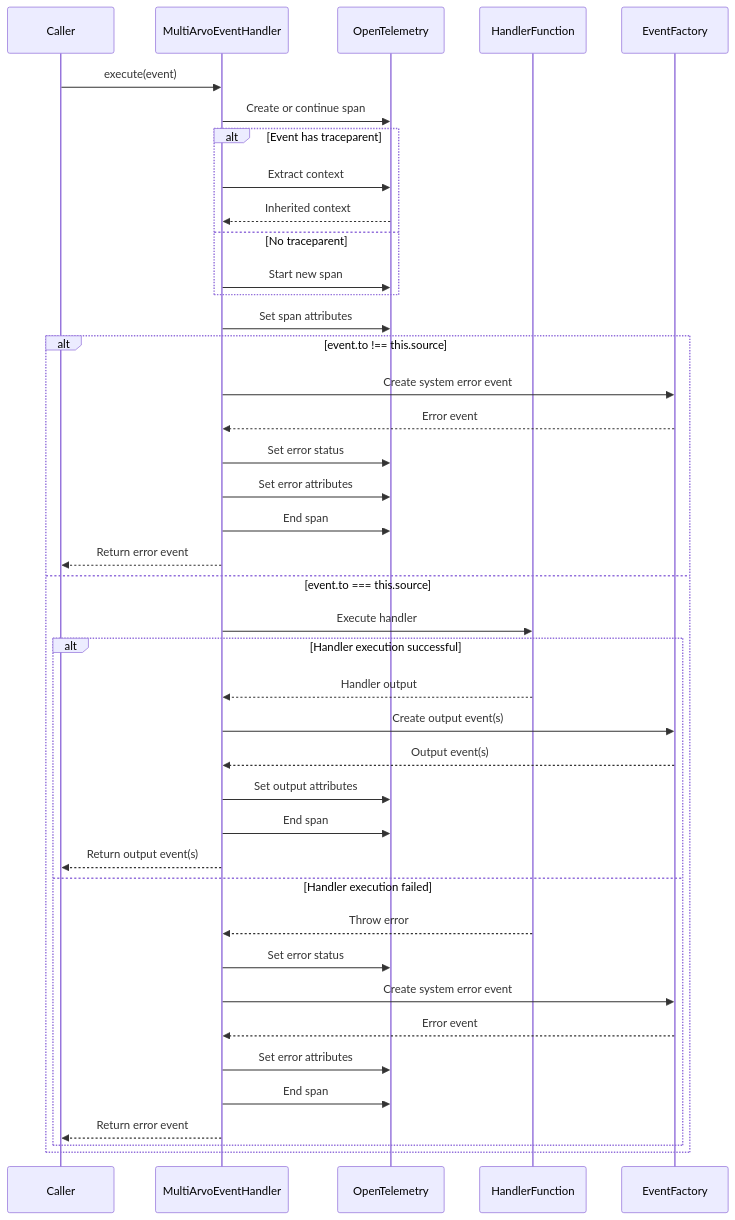
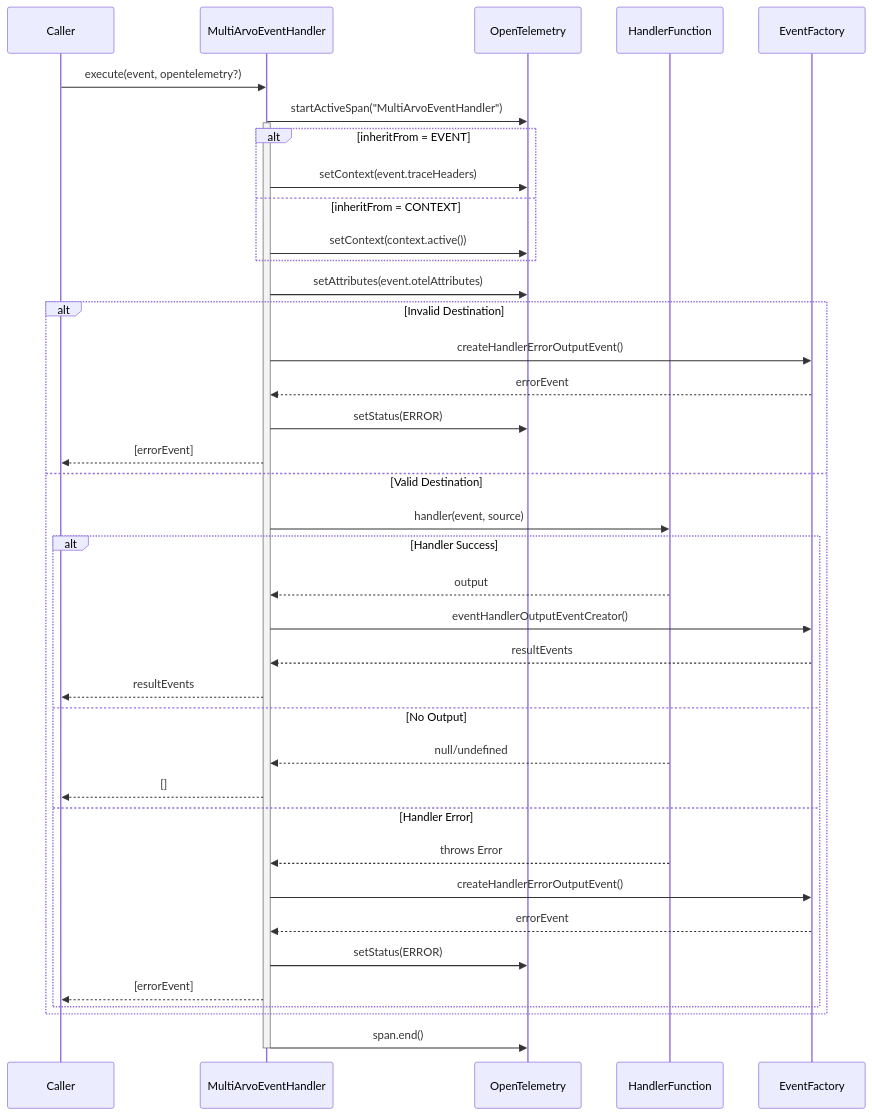
Before and after one commit to SaadAhmad123/arvo-event-handler: the second of 2 diagrams in src/MultiArvoEventHandler/ExecutionDiagrams.md, drawn with Mermaid. The commit also changed other lines of this file and 22 other files, not shown here.

````diff
--- a/src/MultiArvoEventHandler/ExecutionDiagrams.md
+++ b/src/MultiArvoEventHandler/ExecutionDiagrams.md
@@ -68,48 +64,51 @@
 ```mermaid
 sequenceDiagram
-participant Caller
-participant MultiArvoEventHandler
-participant OpenTelemetry
-participant HandlerFunction
-participant EventFactory
+    participant Caller
+    participant Handler as MultiArvoEventHandler
+    participant OTel as OpenTelemetry
+    participant Function as HandlerFunction
+    participant Factory as EventFactory
 
-Caller->>MultiArvoEventHandler: execute(event)
-MultiArvoEventHandler->>OpenTelemetry: Create or continue span
-
-alt Event has traceparent
-MultiArvoEventHandler->>OpenTelemetry: Extract context
-OpenTelemetry-->>MultiArvoEventHandler: Inherited context
-else No traceparent
-MultiArvoEventHandler->>OpenTelemetry: Start new span
-end
-
-MultiArvoEventHandler->>OpenTelemetry: Set span attributes
-
-alt event.to !== this.source
-MultiArvoEventHandler->>EventFactory: Create system error event
-EventFactory-->>MultiArvoEventHandler: Error event
-MultiArvoEventHandler->>OpenTelemetry: Set error status
-MultiArvoEventHandler->>OpenTelemetry: Set error attributes
-MultiArvoEventHandler->>OpenTelemetry: End span
-MultiArvoEventHandler-->>Caller: Return error event
-else event.to === this.source
-MultiArvoEventHandler->>HandlerFunction: Execute handler
-
-alt Handler execution successful
-HandlerFunction-->>MultiArvoEventHandler: Handler output
-MultiArvoEventHandler->>EventFactory: Create output event(s)
-EventFactory-->>MultiArvoEventHandler: Output event(s)
-MultiArvoEventHandler->>OpenTelemetry: Set output attributes
-MultiArvoEventHandler->>OpenTelemetry: End span
-MultiArvoEventHandler-->>Caller: Return output event(s)
-else Handler execution failed
-HandlerFunction-->>MultiArvoEventHandler: Throw error
-MultiArvoEventHandler->>OpenTelemetry: Set error status
-MultiArvoEventHandler->>EventFactory: Create system error event
-EventFactory-->>MultiArvoEventHandler: Error event
-MultiArvoEventHandler->>OpenTelemetry: Set error attributes
-MultiArvoEventHandler->>OpenTelemetry: End span
-MultiArvoEventHandler-->>Caller: Return error event
-end
-end
+    Caller->>Handler: execute(event, opentelemetry?)
+    
+    %% Span Management
+    Handler->>OTel: startActiveSpan("MultiArvoEventHandler")
+    activate Handler
+    
+    alt inheritFrom = EVENT
+        Handler->>OTel: setContext(event.traceHeaders)
+    else inheritFrom = CONTEXT
+        Handler->>OTel: setContext(context.active())
+    end
+    
+    Handler->>OTel: setAttributes(event.otelAttributes)
+    
+    %% Event Validation
+    alt Invalid Destination
+        Handler->>Factory: createHandlerErrorOutputEvent()
+        Factory-->>Handler: errorEvent
+        Handler->>OTel: setStatus(ERROR)
+        Handler-->>Caller: [errorEvent]
+    else Valid Destination
+        Handler->>Function: handler(event, source)
+        
+        alt Handler Success
+            Function-->>Handler: output
+            Handler->>Factory: eventHandlerOutputEventCreator()
+            Factory-->>Handler: resultEvents
+            Handler-->>Caller: resultEvents
+        else No Output
+            Function-->>Handler: null/undefined
+            Handler-->>Caller: []
+        else Handler Error
+            Function-->>Handler: throws Error
+            Handler->>Factory: createHandlerErrorOutputEvent()
+            Factory-->>Handler: errorEvent
+            Handler->>OTel: setStatus(ERROR)
+            Handler-->>Caller: [errorEvent]
+        end
+    end
+    
+    Handler->>OTel: span.end()
+    deactivate Handler
 ```
````
